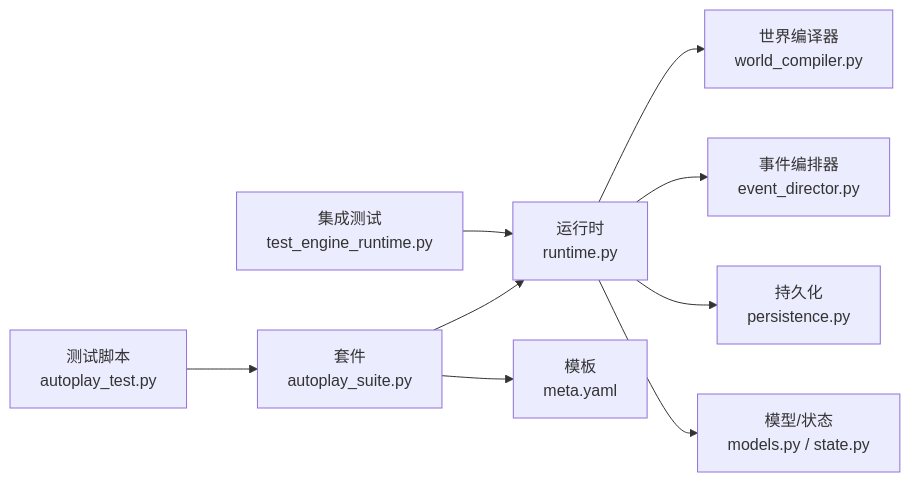
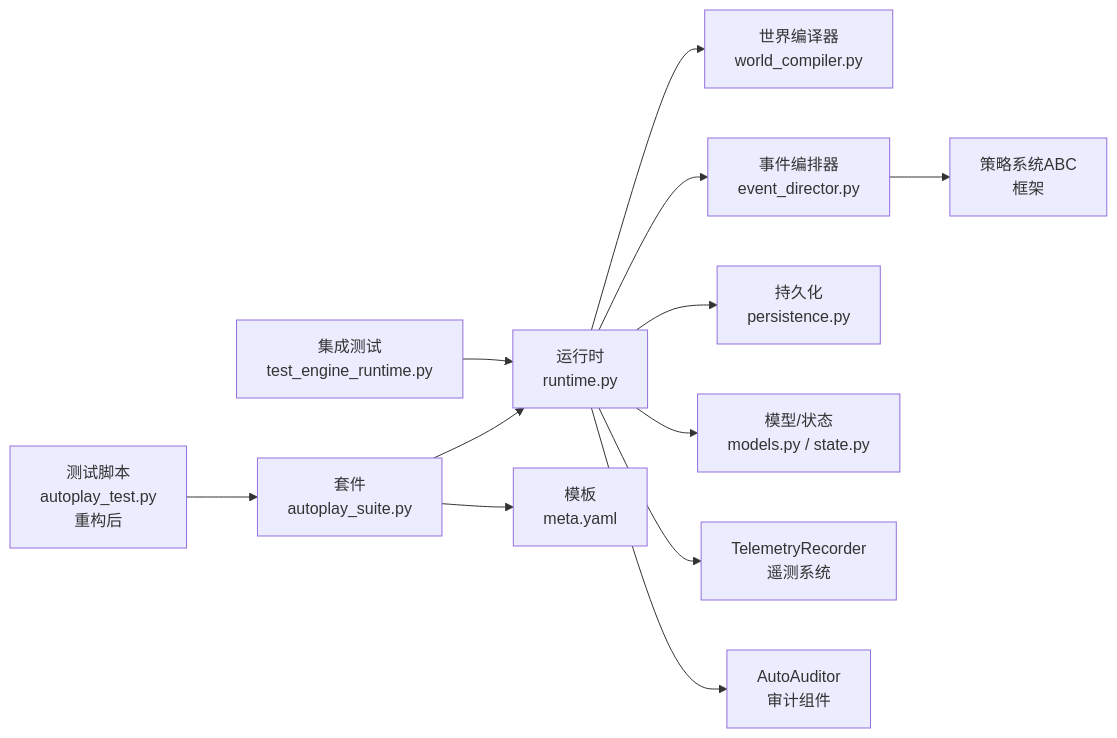
The third of 3 diagrams in .qoder/repowiki/zh/content/工具集/自动播放测试框架.md (Ivandanslespace/thegreatnovel), drawn with Mermaid before and after one commit. The commit also changed other lines of this file and 72 other files, not shown here.

````diff
--- a/.qoder/repowiki/zh/content/工具集/自动播放测试框架.md
+++ b/.qoder/repowiki/zh/content/工具集/自动播放测试框架.md
@@ -250,11 +283,14 @@
 ```mermaid
 graph LR
-TS["测试脚本<br/>autoplay_test.py"] --> SU["套件<br/>autoplay_suite.py"]
+TS["测试脚本<br/>autoplay_test.py<br/>重构后"] --> SU["套件<br/>autoplay_suite.py"]
 SU --> RT["运行时<br/>runtime.py"]
 RT --> WC["世界编译器<br/>world_compiler.py"]
 RT --> ED["事件编排器<br/>event_director.py"]
 RT --> PS["持久化<br/>persistence.py"]
 RT --> MD["模型/状态<br/>models.py / state.py"]
+RT --> TR["TelemetryRecorder<br/>遥测系统"]
+RT --> AA["AutoAuditor<br/>审计组件"]
 SU --> TM["模板<br/>meta.yaml"]
 IT["集成测试<br/>test_engine_runtime.py"] --> RT
+ED --> STRAT["策略系统ABC<br/>框架"]
 ```
````
